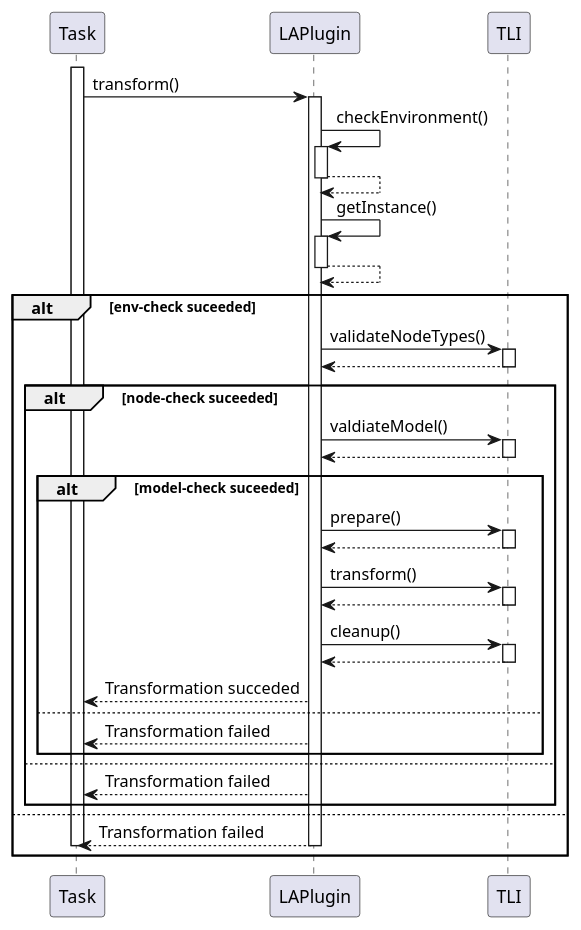
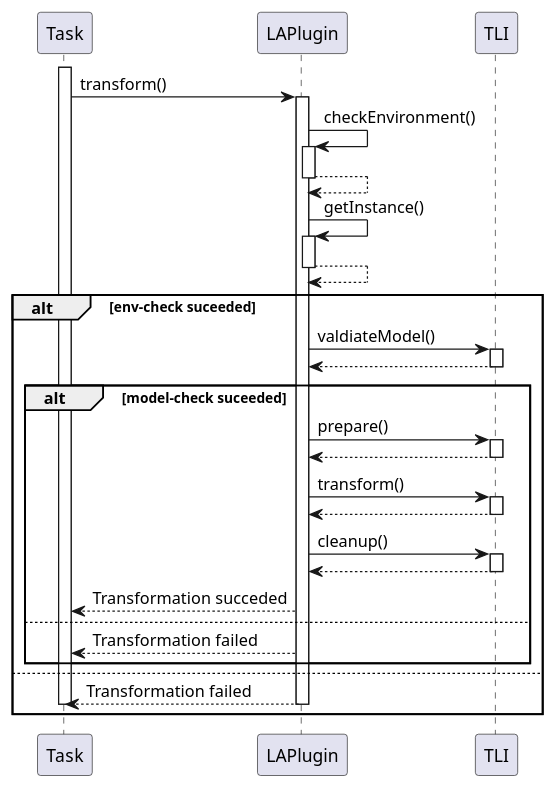
The diagram in docs/dev/plugins/transformation-lifecycle/diagrams/seperate-validation-sequence-diagram.wsd (StuPro-TOSCAna/TOSCAna), drawn with PlantUML before and after one commit. The commit also changed 4 other files, not shown here.

```diff
--- a/docs/dev/plugins/transformation-lifecycle/diagrams/seperate-validation-sequence-diagram.wsd
+++ b/docs/dev/plugins/transformation-lifecycle/diagrams/seperate-validation-sequence-diagram.wsd
@@ -1,58 +1,49 @@
 @startuml
 
 activate Task
 Task -> LAPlugin: transform()
 activate LAPlugin
 
 LAPlugin -> LAPlugin: checkEnvironment()
 activate LAPlugin
 LAPlugin --> LAPlugin
 deactivate LAPlugin
 
 LAPlugin -> LAPlugin: getInstance()
 activate LAPlugin
 LAPlugin --> LAPlugin
 deactivate LAPlugin
 
 alt env-check suceeded
-    LAPlugin -> TLI: validateNodeTypes()
+    LAPlugin -> TLI: valdiateModel()
     activate TLI
     TLI --> LAPlugin
     deactivate TLI
 
-    alt node-check suceeded
-    	LAPlugin -> TLI: valdiateModel()
+    alt model-check suceeded
+    	LAPlugin -> TLI: prepare()
     	activate TLI
     	TLI --> LAPlugin
     	deactivate TLI
 
-    	alt model-check suceeded
-    		LAPlugin -> TLI: prepare()
-    		activate TLI
-    		TLI --> LAPlugin
-    		deactivate TLI
+    	LAPlugin -> TLI: transform()
+    	activate TLI
+    	TLI --> LAPlugin
+    	deactivate TLI
 
-    		LAPlugin -> TLI: transform()
-    		activate TLI
-    		TLI --> LAPlugin
-    		deactivate TLI
+    	LAPlugin -> TLI: cleanup()
+    	activate TLI
+    	TLI --> LAPlugin
+    	deactivate TLI
 
-    		LAPlugin -> TLI: cleanup()
-    		activate TLI
-    		TLI --> LAPlugin
-    		deactivate TLI
-
-    		LAPlugin --> Task: Transformation succeded
+    	LAPlugin --> Task: Transformation succeded
     	else
     		LAPlugin --> Task: Transformation failed
     	end
-    else
-    	LAPlugin --> Task: Transformation failed
-    end
 else
     LAPlugin --> Task: Transformation failed
     deactivate LAPlugin
     deactivate Task
 end
 
 @enduml
```
